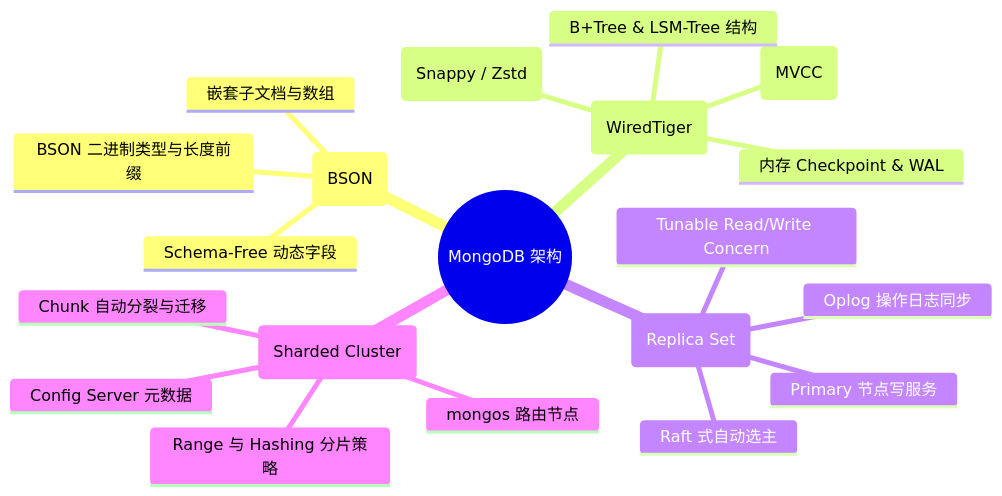
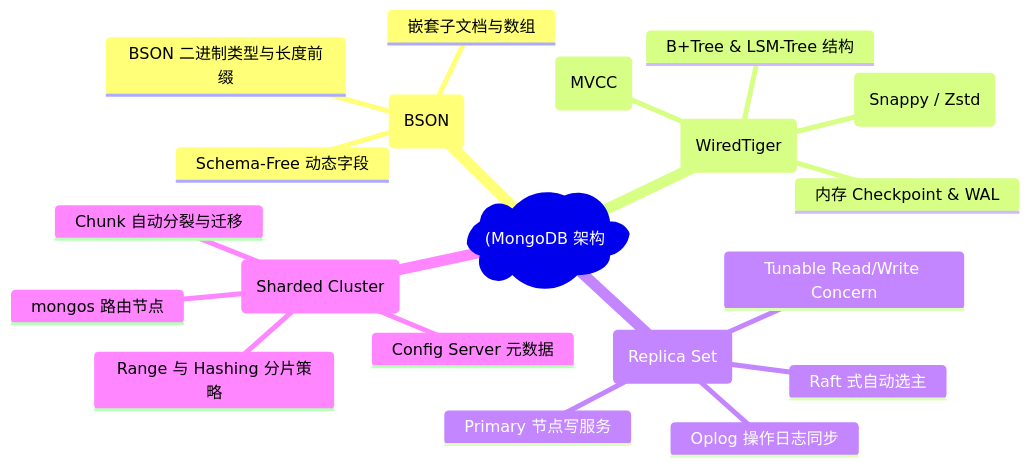
One commit to koosai/AI-Architect-Learning changed the second of 6 diagrams in docs/atlas/mongodb.mdx. Above: the diagram before and after it, drawn with Mermaid. The commit also changed other lines of this file and 187 other files, not shown here.

Commit message:
fix(mermaid): fix all unquoted parens and edge label syntax errors across all docs

````diff
--- a/docs/atlas/mongodb.mdx
+++ b/docs/atlas/mongodb.mdx
@@ -80,23 +80,23 @@
 ```mermaid
 mindmap
-  root((MongoDB 架构))
+  root("(MongoDB 架构"))
     数据模型层 (BSON)
       Schema-Free 动态字段
       嵌套子文档与数组
       BSON 二进制类型与长度前缀
     存储引擎层 (WiredTiger)
       文档级并发锁 (MVCC)
       B+Tree & LSM-Tree 结构
       内存 Checkpoint & WAL
       透明压缩 (Snappy / Zstd)
     高可用 (Replica Set)
       Primary 节点写服务
       Oplog 操作日志同步
       Raft 式自动选主
       Tunable Read/Write Concern
     分布式扩展 (Sharded Cluster)
       mongos 路由节点
       Config Server 元数据
       Chunk 自动分裂与迁移
       Range 与 Hashing 分片策略
 ```
````
